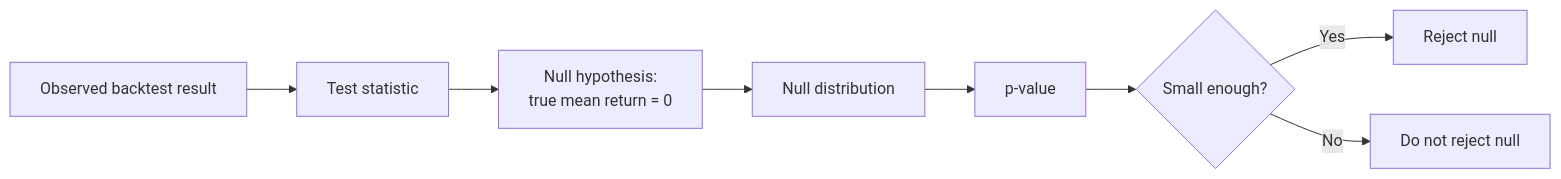
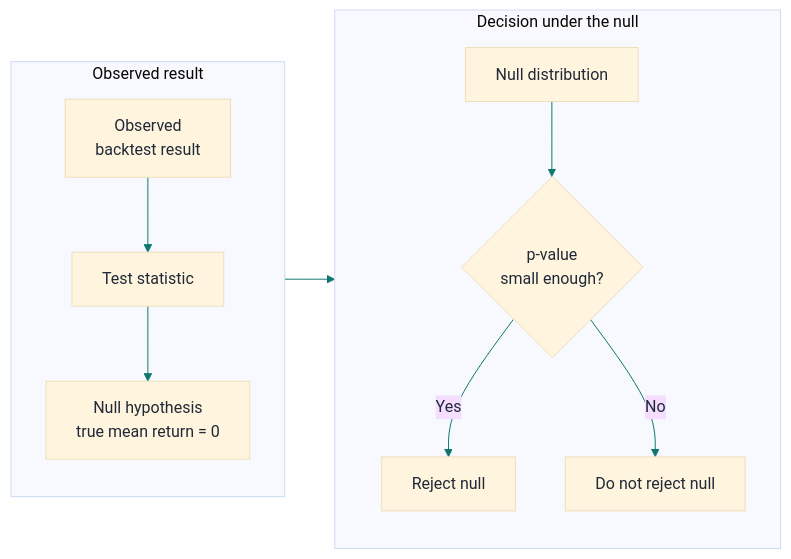
The diagram in chapters/chapter-01/sections/03-statistical-significance-of-backtesting/figures/hypothesis-testing-flow.mmd (tihaya-anon/algorithmic-trading-winning-strategies-rationale-illustration), drawn with Mermaid before and after one commit. The commit also changed 22 other files, not shown here.

Commit message:
fix(figures): improve mermaid label fit and slide aspect

```diff
--- a/chapters/chapter-01/sections/03-statistical-significance-of-backtesting/figures/hypothesis-testing-flow.mmd
+++ b/chapters/chapter-01/sections/03-statistical-significance-of-backtesting/figures/hypothesis-testing-flow.mmd
@@ -1,8 +1,22 @@
+%%{init: {"theme": "base", "themeVariables": {"fontFamily": "Noto Sans, Arial, sans-serif", "primaryTextColor": "#1f2937", "lineColor": "#0f766e"}}}%%
 flowchart LR
-    A[Observed backtest result] --> B[Test statistic]
-    B --> C[Null hypothesis:<br/>true mean return = 0]
-    C --> D[Null distribution]
-    D --> E[p-value]
-    E --> F{Small enough?}
-    F -->|Yes| G[Reject null]
-    F -->|No| H[Do not reject null]
+    subgraph left["Observed result"]
+      direction TB
+      A["Observed<br/>backtest result"]
+      B["Test statistic"]
+      C["Null hypothesis<br/>true mean return = 0"]
+      A --> B --> C
+    end
+
+    subgraph right["Decision under the null"]
+      direction TB
+      D["Null distribution"]
+      E{"p-value<br/>small enough?"}
+      G["Reject null"]
+      H["Do not reject null"]
+      D --> E
+      E -->|Yes| G
+      E -->|No| H
+    end
+
+    C --> D
```
